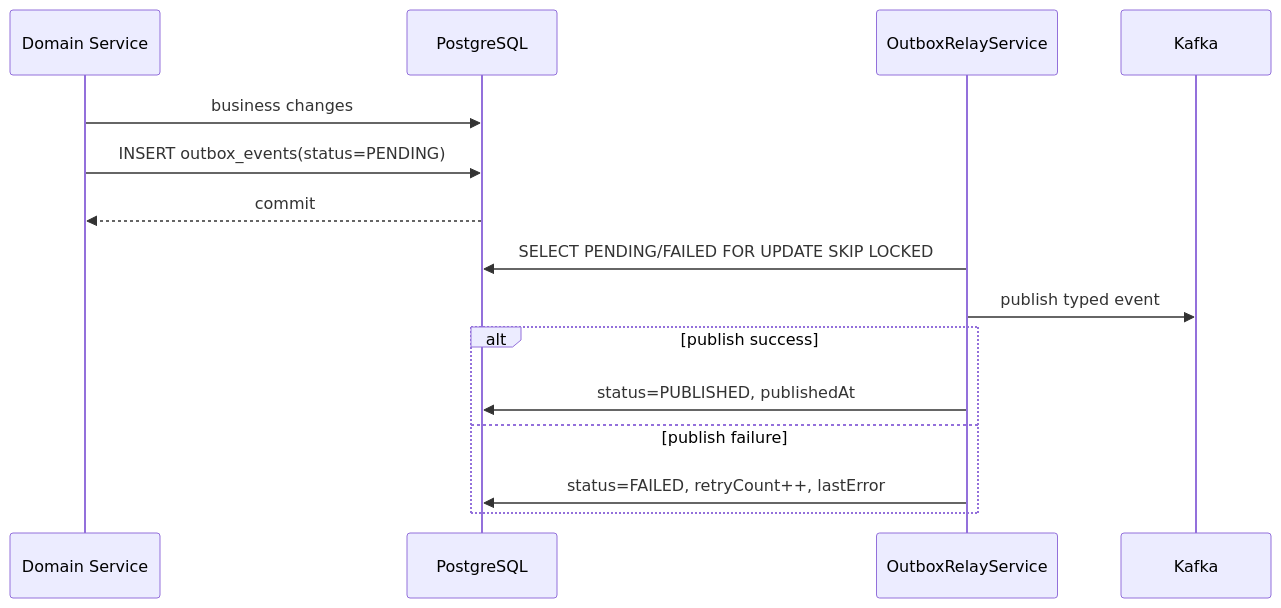
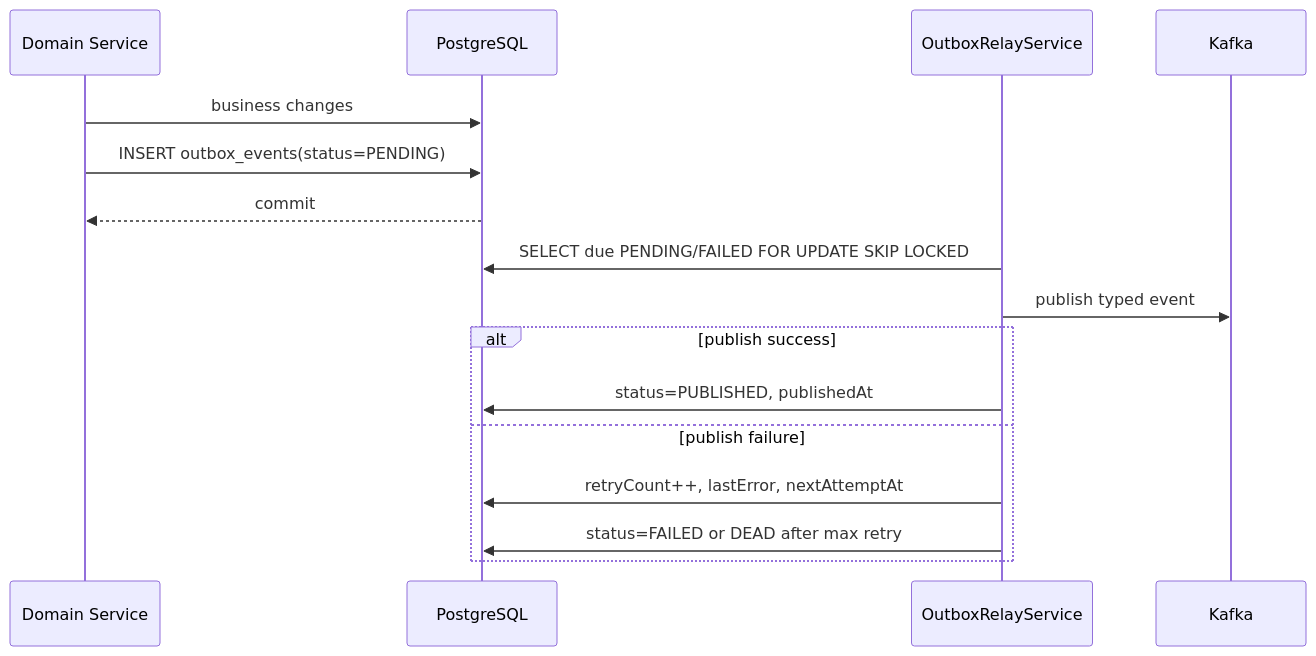
Before and after one commit to sjh9714/concert-booking: the ninth of 11 diagrams in docs/DESIGN.md, drawn with Mermaid. The commit also changed other lines of this file and 12 other files, not shown here.

First line of the commit message:
Add outbox relay retry policy

````diff
--- a/docs/DESIGN.md
+++ b/docs/DESIGN.md
@@ -263,18 +263,19 @@
 ```mermaid
 sequenceDiagram
     participant S as Domain Service
     participant DB as PostgreSQL
     participant Relay as OutboxRelayService
     participant Kafka as Kafka
 
     S->>DB: business changes
     S->>DB: INSERT outbox_events(status=PENDING)
     DB-->>S: commit
-    Relay->>DB: SELECT PENDING/FAILED FOR UPDATE SKIP LOCKED
+    Relay->>DB: SELECT due PENDING/FAILED FOR UPDATE SKIP LOCKED
     Relay->>Kafka: publish typed event
     alt publish success
         Relay->>DB: status=PUBLISHED, publishedAt
     else publish failure
-        Relay->>DB: status=FAILED, retryCount++, lastError
+        Relay->>DB: retryCount++, lastError, nextAttemptAt
+        Relay->>DB: status=FAILED or DEAD after max retry
     end
 ```
````
